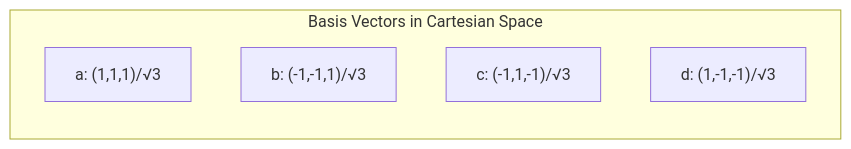
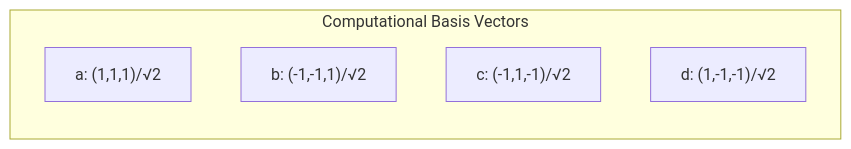
Before and after one commit to docxology/QuadCraft: the second of 10 diagrams in docs/mathematics/quadray_coordinates.md, drawn with Mermaid. The commit also changed other lines of this file and 10 other files, not shown here.

````diff
--- a/docs/mathematics/quadray_coordinates.md
+++ b/docs/mathematics/quadray_coordinates.md
@@ -34,9 +45,9 @@
 ```mermaid
 graph LR
-    subgraph Basis Vectors in Cartesian Space
-        A["a: (1,1,1)/√3"]
-        B["b: (-1,-1,1)/√3"]
-        C["c: (-1,1,-1)/√3"]
-        D["d: (1,-1,-1)/√3"]
+    subgraph "Computational Basis Vectors"
+        A["a: (1,1,1)/√2"]
+        B["b: (-1,-1,1)/√2"]
+        C["c: (-1,1,-1)/√2"]
+        D["d: (1,-1,-1)/√2"]
     end
 ```
````
